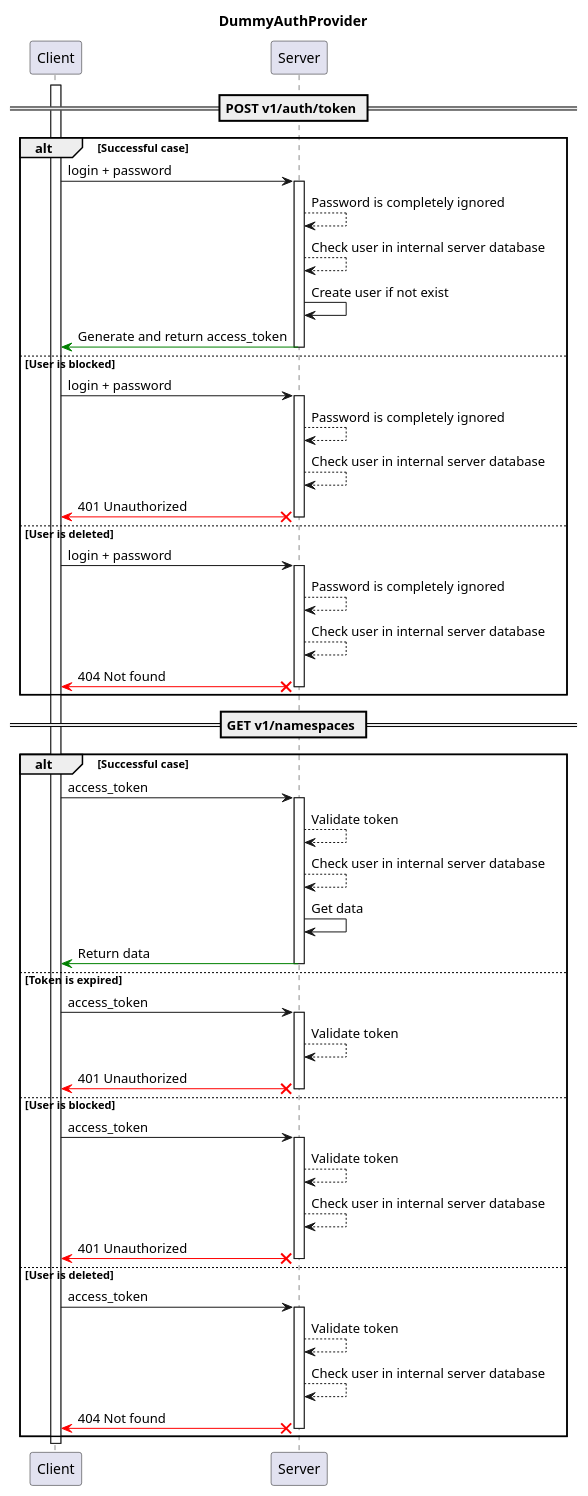
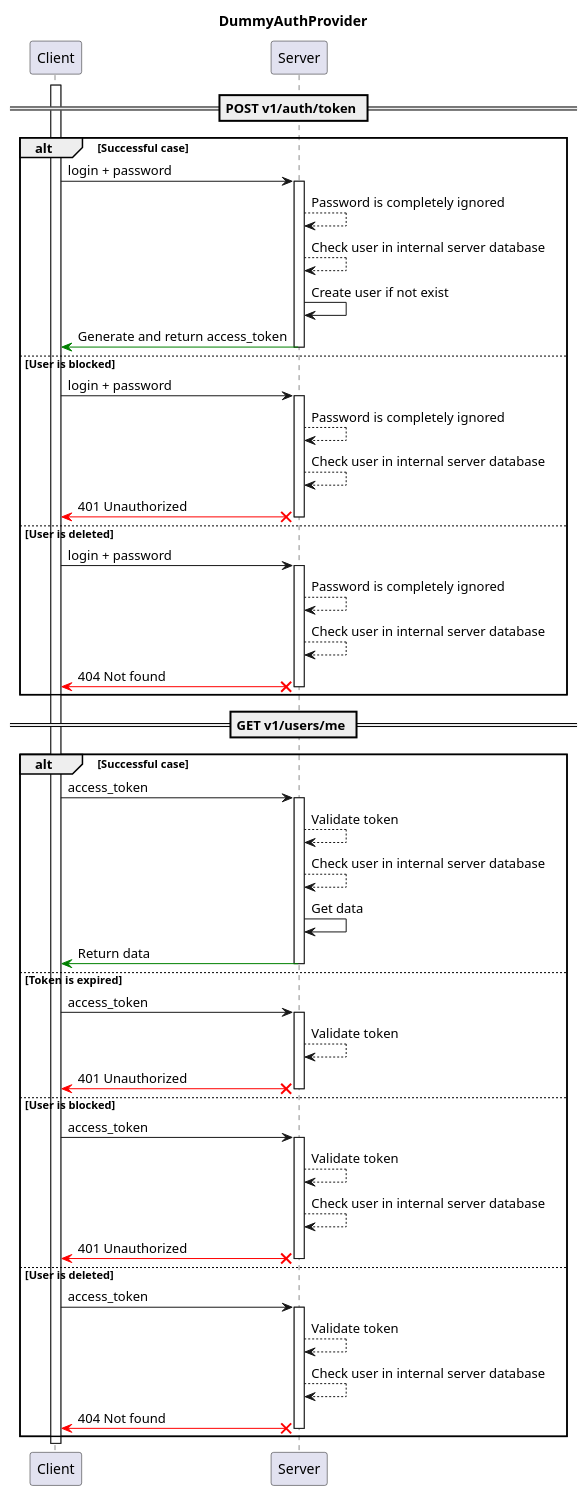
Before and after one commit to MobileTeleSystems/syncmaster: the diagram in docs/reference/server/auth/dummy.rst, drawn with PlantUML. The commit also changed other lines of this file and 1 other file, not shown here.

Commit message:
[DOP-23620] Small docs fixes

```diff
--- a/docs/reference/server/auth/dummy.rst
+++ b/docs/reference/server/auth/dummy.rst
@@ -18,59 +18,59 @@
     .. plantuml::
 
         @startuml
             title DummyAuthProvider
             participant "Client"
             participant "Server"
 
             == POST v1/auth/token ==
 
             activate "Client"
             alt Successful case
                 "Client" -> "Server" ++ : login + password
                 "Server" --> "Server" : Password is completely ignored
                 "Server" --> "Server" : Check user in internal server database
                 "Server" -> "Server" : Create user if not exist
                 "Server" -[#green]> "Client" -- : Generate and return access_token
 
             else User is blocked
                 "Client" -> "Server" ++ : login + password
                 "Server" --> "Server" : Password is completely ignored
                 "Server" --> "Server" : Check user in internal server database
                 "Server" x-[#red]> "Client" -- : 401 Unauthorized
 
             else User is deleted
                 "Client" -> "Server" ++ : login + password
                 "Server" --> "Server" : Password is completely ignored
                 "Server" --> "Server" : Check user in internal server database
                 "Server" x-[#red]> "Client" -- : 404 Not found
             end
 
-            == GET v1/namespaces ==
+            == GET v1/users/me ==
 
             alt Successful case
                 "Client" -> "Server" ++ : access_token
                 "Server" --> "Server" : Validate token
                 "Server" --> "Server" : Check user in internal server database
                 "Server" -> "Server" : Get data
                 "Server" -[#green]> "Client" -- : Return data
 
             else Token is expired
                 "Client" -> "Server" ++ : access_token
                 "Server" --> "Server" : Validate token
                 "Server" x-[#red]> "Client" -- : 401 Unauthorized
 
             else User is blocked
                 "Client" -> "Server" ++ : access_token
                 "Server" --> "Server" : Validate token
                 "Server" --> "Server" : Check user in internal server database
                 "Server" x-[#red]> "Client" -- : 401 Unauthorized
 
             else User is deleted
                 "Client" -> "Server" ++ : access_token
                 "Server" --> "Server" : Validate token
                 "Server" --> "Server" : Check user in internal server database
                 "Server" x-[#red]> "Client" -- : 404 Not found
             end
 
             deactivate "Client"
         @enduml
```
